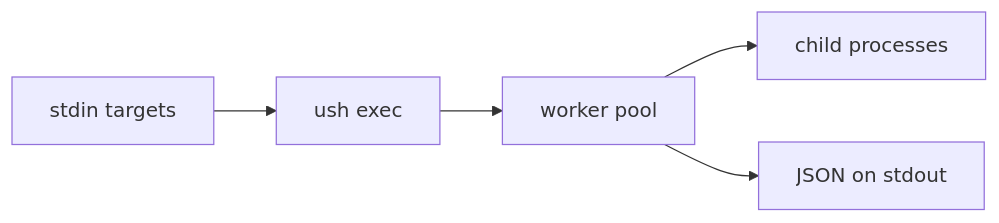
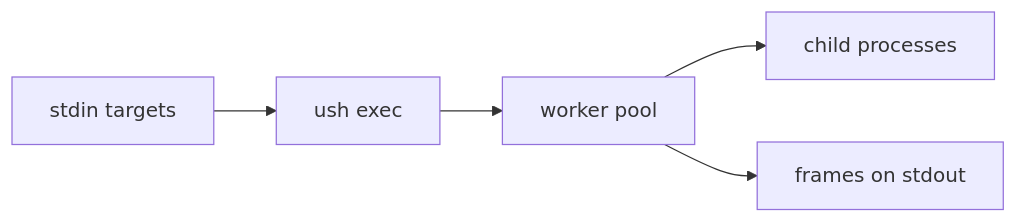
Before and after one commit to fiorix/ush: the first of 2 diagrams in CONTEXT.md, drawn with Mermaid. The commit also changed other lines of this file and 9 other files, not shown here.

````diff
--- a/CONTEXT.md
+++ b/CONTEXT.md
@@ -20,7 +27,7 @@
 ```mermaid
 flowchart LR
     stdin[stdin targets] --> exec[ush exec]
     exec --> workers[worker pool]
     workers --> procs[child processes]
-    workers --> stdout[JSON on stdout]
+    workers --> frames[frames on stdout]
 ```
````
